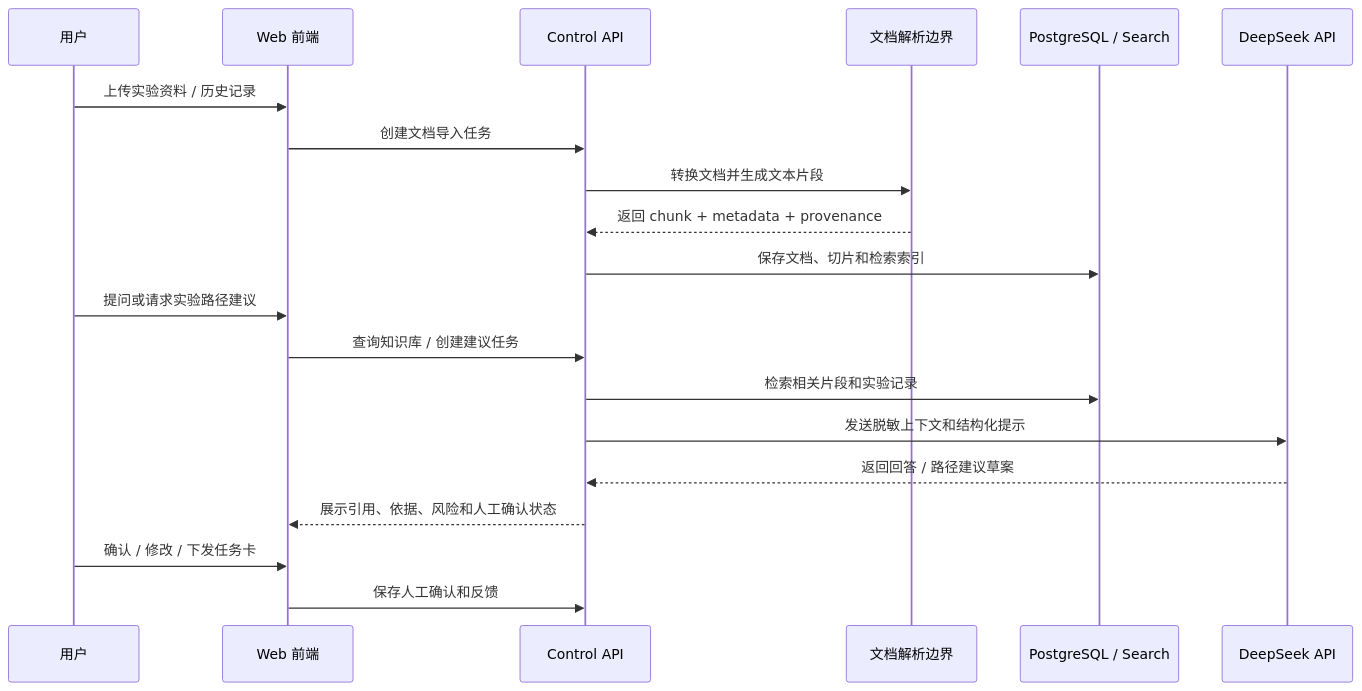
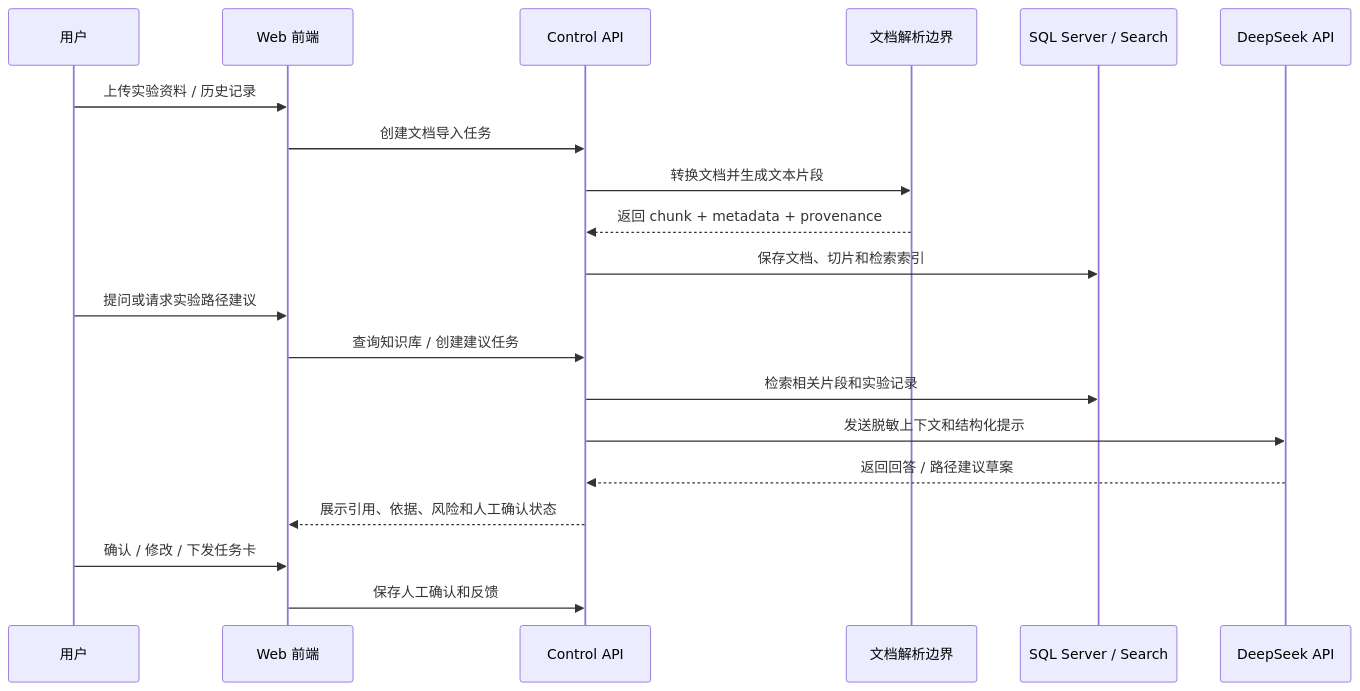
Before and after one commit to White-147/SyLabAI: the second of 2 diagrams in README.md, drawn with Mermaid. The commit also changed other lines of this file and 2 other files, not shown here.

Commit message:
docs: README 增加界面预览（工作台总览 / 运行边界截图）

````diff
--- a/README.md
+++ b/README.md
@@ -97,23 +105,23 @@
 ```mermaid
 sequenceDiagram
     participant U as 用户
     participant W as Web 前端
     participant A as Control API
     participant D as 文档解析边界
-    participant DB as PostgreSQL / Search
+    participant DB as SQL Server / Search
     participant M as DeepSeek API
 
     U->>W: 上传实验资料 / 历史记录
     W->>A: 创建文档导入任务
     A->>D: 转换文档并生成文本片段
     D-->>A: 返回 chunk + metadata + provenance
     A->>DB: 保存文档、切片和检索索引
     U->>W: 提问或请求实验路径建议
     W->>A: 查询知识库 / 创建建议任务
     A->>DB: 检索相关片段和实验记录
     A->>M: 发送脱敏上下文和结构化提示
     M-->>A: 返回回答 / 路径建议草案
     A-->>W: 展示引用、依据、风险和人工确认状态
     U->>W: 确认 / 修改 / 下发任务卡
     W->>A: 保存人工确认和反馈
 ```
````
